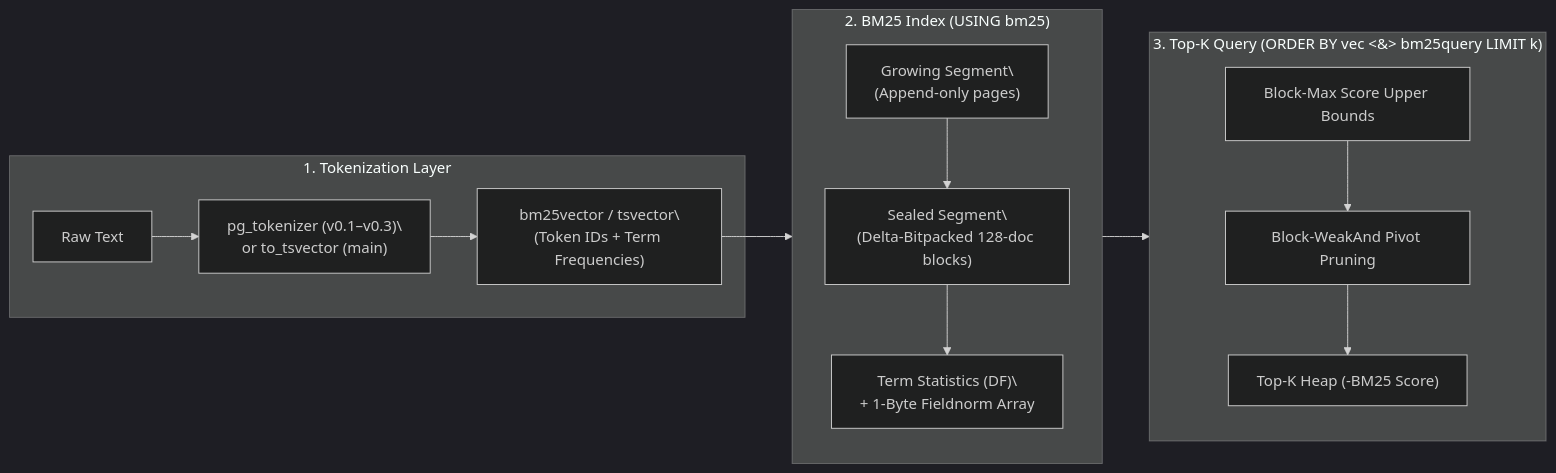
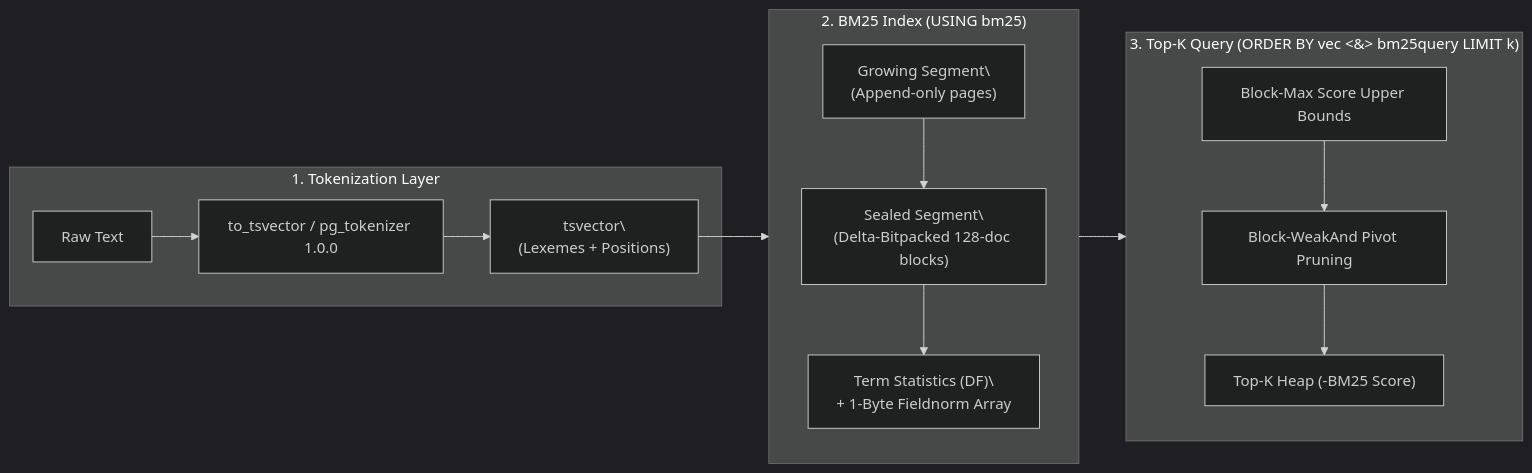
One commit to pgsty/vchord.pgsty.com changed the diagram in content/docs/bm25/getting-started/overview.md. Above: the diagram before and after it, drawn with Mermaid (dark theme). The commit also changed other lines of this file and 27 other files, not shown here.

````diff
--- a/content/docs/bm25/getting-started/overview.md
+++ b/content/docs/bm25/getting-started/overview.md
@@ -30,17 +30,17 @@
 ```mermaid
 flowchart LR
     subgraph Tokenization["1. Tokenization Layer"]
-        T1["Raw Text"] --> T2["pg_tokenizer (v0.1–v0.3)\\nor to_tsvector (main)"]
-        T2 --> T3["bm25vector / tsvector\\n(Token IDs + Term Frequencies)"]
+        T1["Raw Text"] --> T2["to_tsvector / pg_tokenizer 1.0.0"]
+        T2 --> T3["tsvector\\n(Lexemes + Positions)"]
     end
     subgraph Index["2. BM25 Index (USING bm25)"]
         I1["Growing Segment\\n(Append-only pages)"] --> I2["Sealed Segment\\n(Delta-Bitpacked 128-doc blocks)"]
         I2 --> I3["Term Statistics (DF)\\n+ 1-Byte Fieldnorm Array"]
     end
     subgraph Query["3. Top-K Query (ORDER BY vec <&> bm25query LIMIT k)"]
         Q1["Block-Max Score Upper Bounds"] --> Q2["Block-WeakAnd Pivot Pruning"]
         Q2 --> Q3["Top-K Heap (-BM25 Score)"]
     end
     T3 --> Index
     Index --> Query
 ```
````
